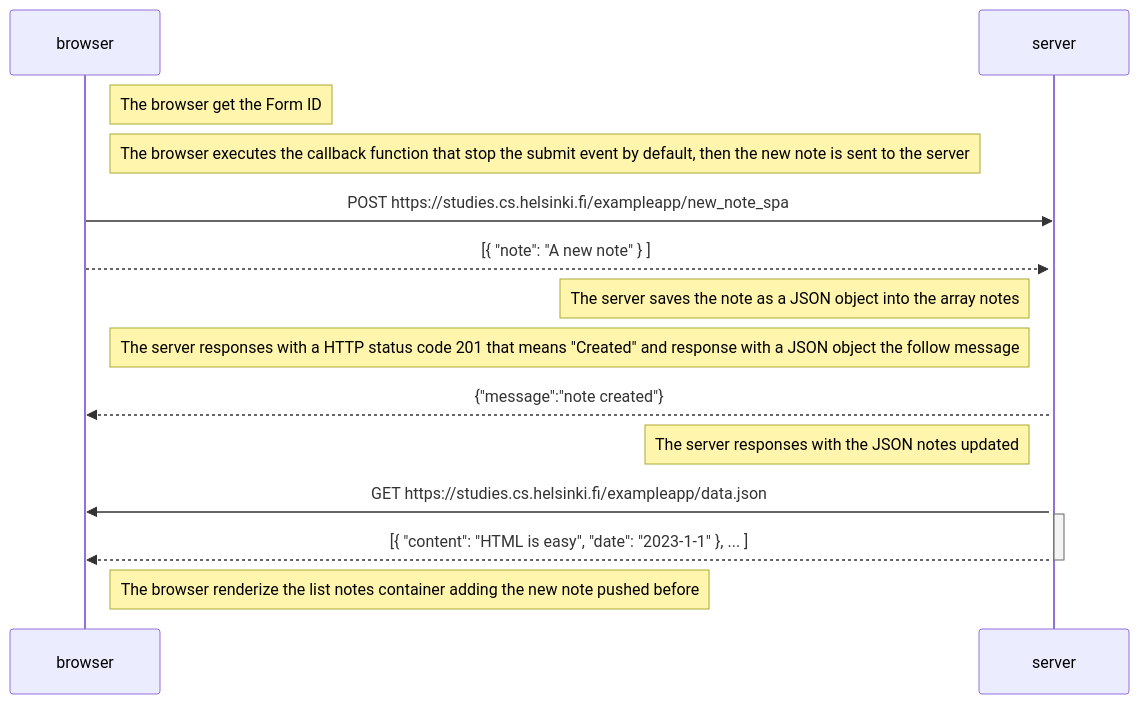
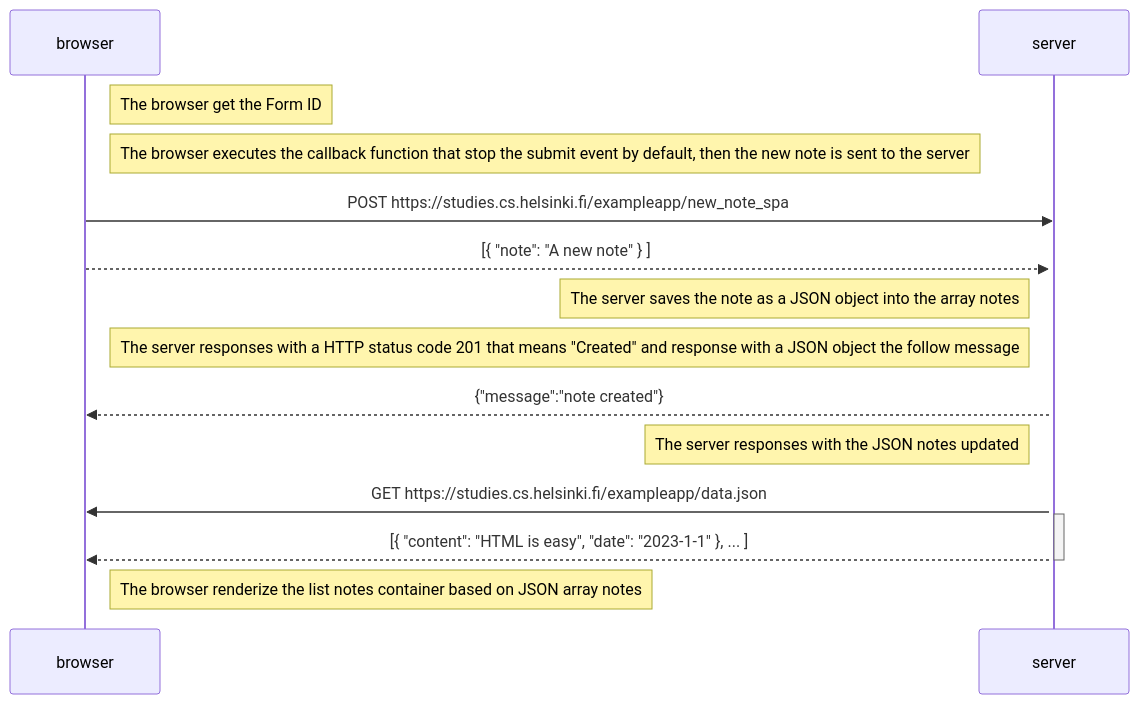
Before and after one commit to claudiainbytes/fullstackopen: the diagram in part0/05.md, drawn with Mermaid.

````diff
--- a/part0/05.md
+++ b/part0/05.md
@@ -1,28 +1,28 @@
 ```mermaid
 sequenceDiagram
     participant browser
     participant server
 
     Note right of browser: The browser get the Form ID
 
     Note right of browser: The browser executes the callback function that stop the submit event by default, then the new note is sent to the server
 
     browser->>server: POST https://studies.cs.helsinki.fi/exampleapp/new_note_spa
     activate server
 
     browser-->>server: [{ "note": "A new note" } ]
 
     Note left of server: The server saves the note as a JSON object into the array notes
 
     Note left of server:  The server responses with a HTTP status code 201 that means "Created" and response with a JSON object the follow message
     server-->>browser: {"message":"note created"}
 
     Note left of server:  The server responses with the JSON notes updated 
     server->>browser: GET https://studies.cs.helsinki.fi/exampleapp/data.json
     activate server
     server-->>browser: [{ "content": "HTML is easy", "date": "2023-1-1" }, ... ]
     deactivate server
 
-    Note right of browser: The browser renderize the list notes container adding the new note pushed before
+    Note right of browser: The browser renderize the list notes container based on JSON array notes
     
 ```
````
